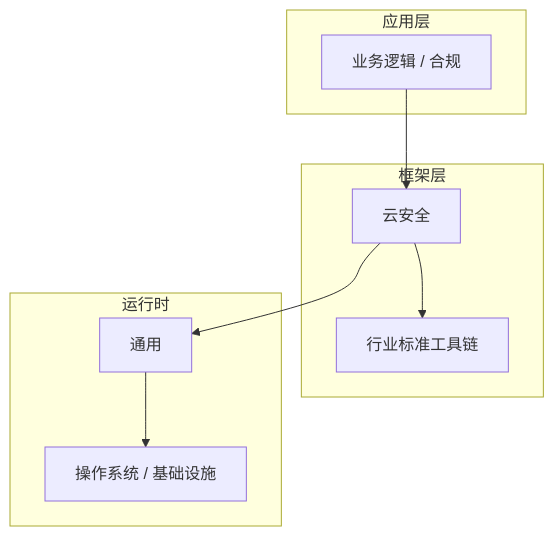
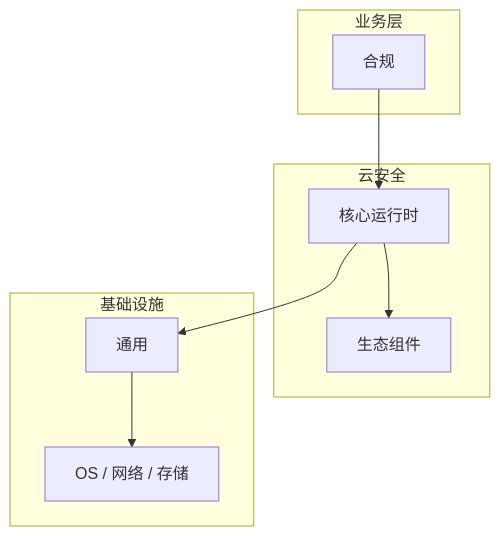
The diagram in articles/云安全/chapters/049-合规核心概念与原理.md (yanggan2015/knowledge-json-v2), drawn with Mermaid before and after one commit. The commit also changed other lines of this file and 10127 other files, not shown here.

````diff
--- a/articles/云安全/chapters/049-合规核心概念与原理.md
+++ b/articles/云安全/chapters/049-合规核心概念与原理.md
@@ -46,18 +31,18 @@
 ```mermaid
 graph TB
-    subgraph 应用层
-        A[业务逻辑 / 合规]
+    subgraph 业务层
+        A[合规]
     end
-    subgraph 框架层
-        B[云安全]
-        C[行业标准工具链]
+    subgraph 云安全
+        B[核心运行时]
+        C[生态组件]
     end
-    subgraph 运行时
+    subgraph 基础设施
         D[通用]
-        E[操作系统 / 基础设施]
+        E[OS / 网络 / 存储]
     end
     A --> B
     B --> C
     B --> D
     D --> E
 ```
````
